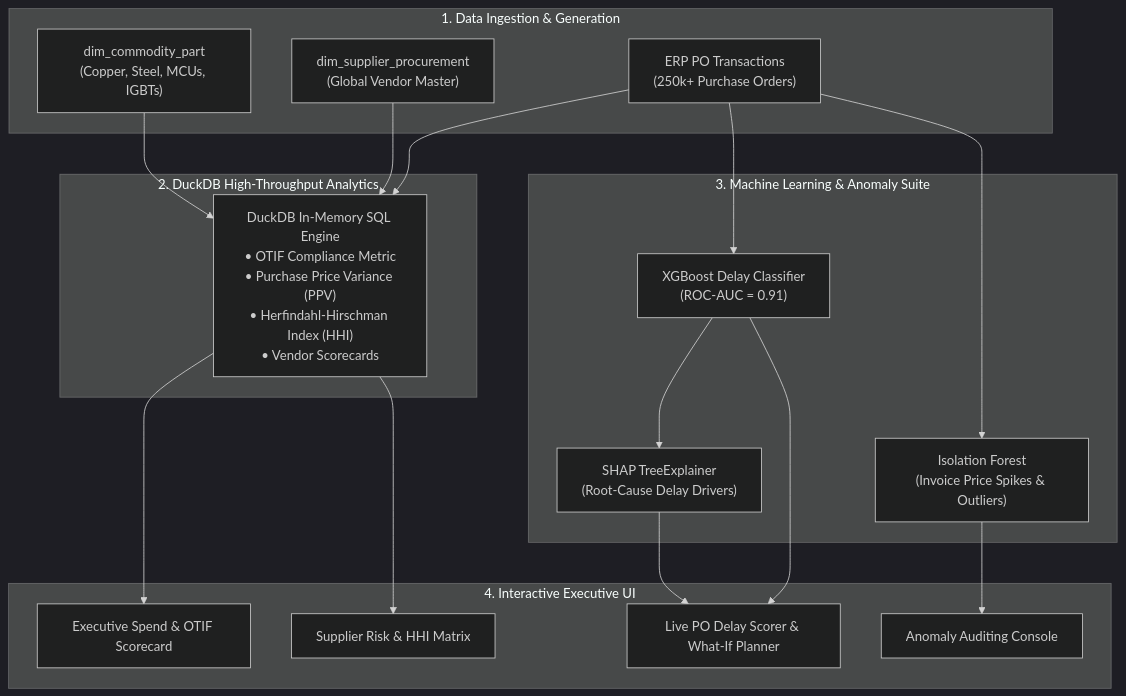
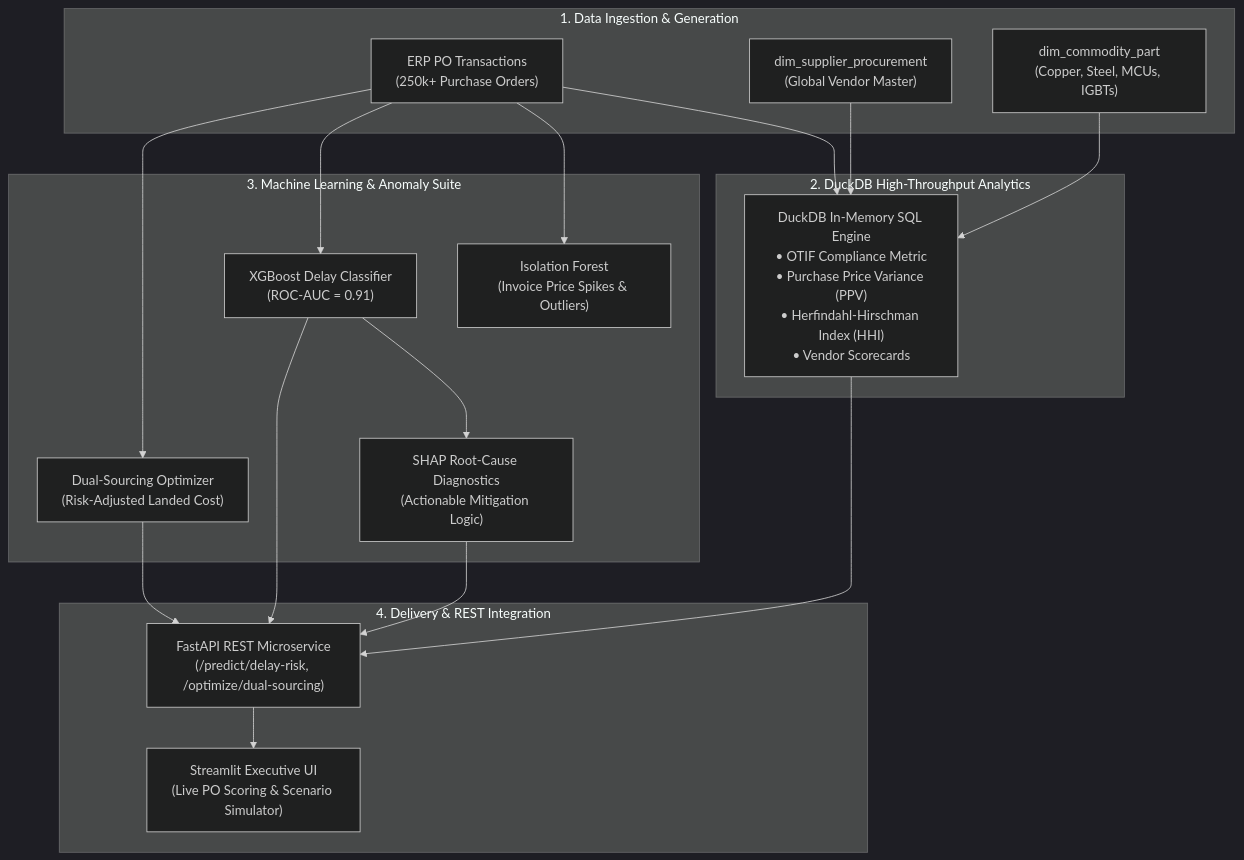
The diagram in README.md (rajmodi262/procurement-leadtime-risk-engine), drawn with Mermaid (dark theme) before and after one commit. The commit also changed other lines of this file and 5 other files, not shown here.

Commit message:
feat: add FastAPI REST microservice, Dual-Sourcing Optimizer, SHAP natural language diagnostics, and updated test suite

````diff
--- a/README.md
+++ b/README.md
@@ -32,37 +34,37 @@
 ```mermaid
 flowchart TD
     subgraph Ingestion ["1. Data Ingestion & Generation"]
         PO["ERP PO Transactions\n(250k+ Purchase Orders)"]
         SUP["dim_supplier_procurement\n(Global Vendor Master)"]
         COMM["dim_commodity_part\n(Copper, Steel, MCUs, IGBTs)"]
     end
 
     subgraph Analytics_Engine ["2. DuckDB High-Throughput Analytics"]
         DUCK["DuckDB In-Memory SQL Engine\n• OTIF Compliance Metric\n• Purchase Price Variance (PPV)\n• Herfindahl-Hirschman Index (HHI)\n• Vendor Scorecards"]
     end
 
     subgraph ML_AI_Layer ["3. Machine Learning & Anomaly Suite"]
         ISO["Isolation Forest\n(Invoice Price Spikes & Outliers)"]
         XGB["XGBoost Delay Classifier\n(ROC-AUC = 0.91)"]
-        SHAP_EXP["SHAP TreeExplainer\n(Root-Cause Delay Drivers)"]
+        SHAP_EXP["SHAP Root-Cause Diagnostics\n(Actionable Mitigation Logic)"]
+        DUAL["Dual-Sourcing Optimizer\n(Risk-Adjusted Landed Cost)"]
     end
 
-    subgraph Delivery_Layer ["4. Interactive Executive UI"]
-        UI1["Executive Spend & OTIF Scorecard"]
-        UI2["Supplier Risk & HHI Matrix"]
-        UI3["Live PO Delay Scorer & What-If Planner"]
-        UI4["Anomaly Auditing Console"]
+    subgraph Integration ["4. Delivery & REST Integration"]
+        FAST["FastAPI REST Microservice\n(/predict/delay-risk, /optimize/dual-sourcing)"]
+        UI["Streamlit Executive UI\n(Live PO Scoring & Scenario Simulator)"]
     end
 
     PO --> DUCK
     SUP --> DUCK
     COMM --> DUCK
     PO --> ISO
     PO --> XGB
+    PO --> DUAL
     XGB --> SHAP_EXP
-    DUCK --> UI1
-    DUCK --> UI2
-    XGB --> UI3
-    SHAP_EXP --> UI3
-    ISO --> UI4
+    DUCK --> FAST
+    XGB --> FAST
+    SHAP_EXP --> FAST
+    DUAL --> FAST
+    FAST --> UI
 ```
````
